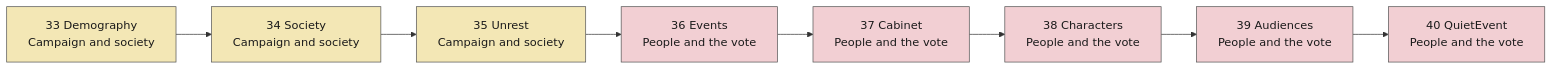
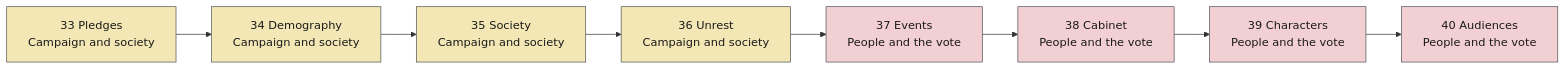
The fifth of 6 diagrams in docs/tick-order.md (powerbassist/World-simulator), drawn with Mermaid before and after one commit. The commit also changed other lines of this file and 19 other files, not shown here.

````diff
--- a/docs/tick-order.md
+++ b/docs/tick-order.md
@@ -105,18 +105,18 @@
 ```mermaid
 flowchart LR
-  s33["33 Demography<br/>Campaign and society"]:::g4
-  s34["34 Society<br/>Campaign and society"]:::g4
-  s35["35 Unrest<br/>Campaign and society"]:::g4
-  s36["36 Events<br/>People and the vote"]:::g5
-  s37["37 Cabinet<br/>People and the vote"]:::g5
-  s38["38 Characters<br/>People and the vote"]:::g5
-  s39["39 Audiences<br/>People and the vote"]:::g5
-  s40["40 QuietEvent<br/>People and the vote"]:::g5
+  s33["33 Pledges<br/>Campaign and society"]:::g4
+  s34["34 Demography<br/>Campaign and society"]:::g4
+  s35["35 Society<br/>Campaign and society"]:::g4
+  s36["36 Unrest<br/>Campaign and society"]:::g4
+  s37["37 Events<br/>People and the vote"]:::g5
+  s38["38 Cabinet<br/>People and the vote"]:::g5
+  s39["39 Characters<br/>People and the vote"]:::g5
+  s40["40 Audiences<br/>People and the vote"]:::g5
   s33 --> s34 --> s35 --> s36 --> s37 --> s38 --> s39 --> s40
   classDef g0 fill:#cfe3f7,stroke:#555,color:#1a1a1a
   classDef g1 fill:#f6dcc2,stroke:#555,color:#1a1a1a
   classDef g2 fill:#dccff0,stroke:#555,color:#1a1a1a
   classDef g3 fill:#cdebd3,stroke:#555,color:#1a1a1a
   classDef g4 fill:#f3e7b5,stroke:#555,color:#1a1a1a
   classDef g5 fill:#f2cfd3,stroke:#555,color:#1a1a1a
 ```
````
